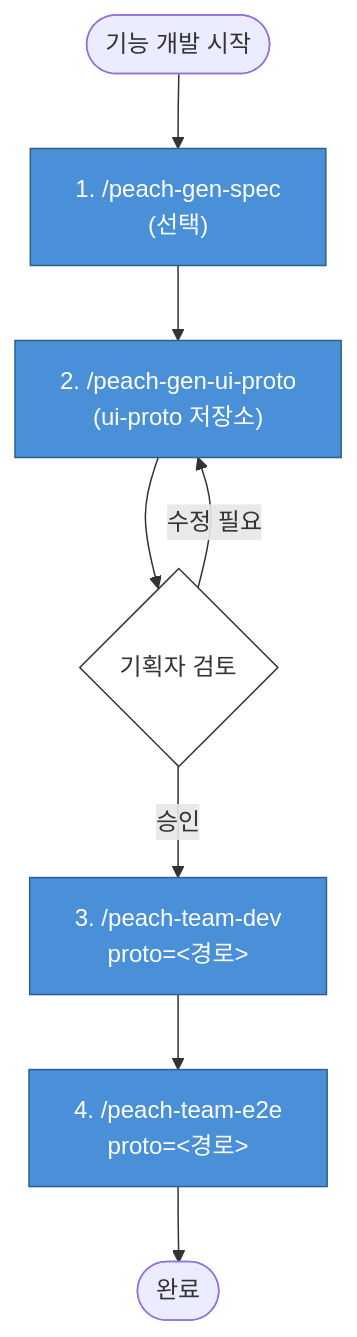
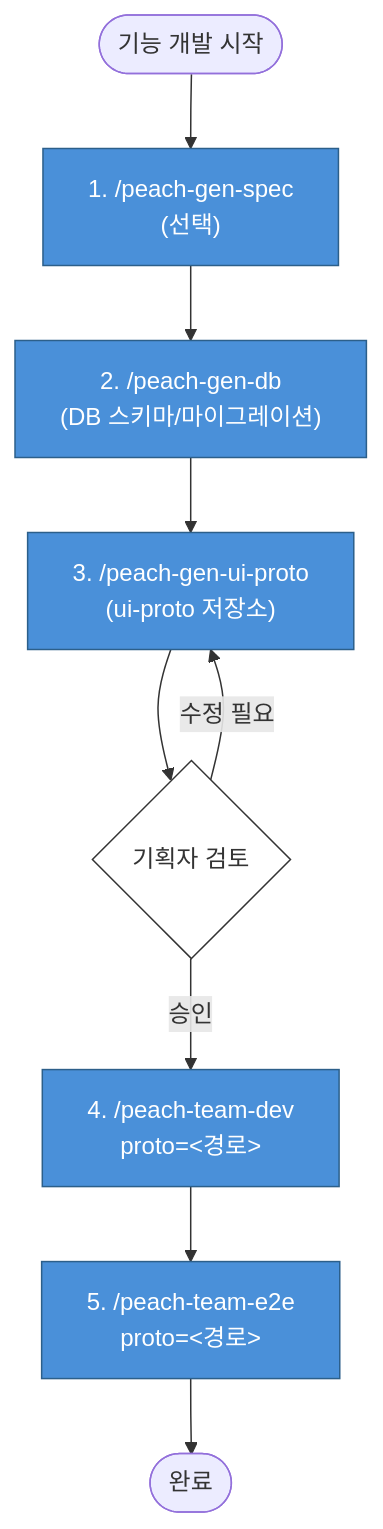
One commit to peachSolution/peach-harness changed the first of 2 diagrams in docs/03-워크플로우.md. Above: the diagram before and after it, drawn with Mermaid. The commit also changed other lines of this file and 30 other files, not shown here.

````diff
--- a/docs/03-워크플로우.md
+++ b/docs/03-워크플로우.md
@@ -12,17 +12,18 @@
 ```mermaid
 flowchart TD
     Start([기능 개발 시작]) --> Spec["1. /peach-gen-spec<br/>(선택)"]
-    Spec --> Proto["2. /peach-gen-ui-proto<br/>(ui-proto 저장소)"]
+    Spec --> DB["2. /peach-gen-db<br/>(DB 스키마/마이그레이션)"]
+    DB --> Proto["3. /peach-gen-ui-proto<br/>(ui-proto 저장소)"]
     Proto --> Review{"기획자 검토"}
     Review -->|수정 필요| Proto
-    Review -->|승인| Dev["3. /peach-team-dev<br/>proto=&lt;경로&gt;"]
-    Dev --> E2E["4. /peach-team-e2e<br/>proto=&lt;경로&gt;"]
+    Review -->|승인| Dev["4. /peach-team-dev<br/>proto=&lt;경로&gt;"]
+    Dev --> E2E["5. /peach-team-e2e<br/>proto=&lt;경로&gt;"]
     E2E --> End([완료])
 
     classDef tier1 fill:#4A90D9,stroke:#2C5F8A,color:#fff
     classDef gate fill:#E8913A,stroke:#B5702D,color:#fff
     classDef decision fill:#fff,stroke:#333,color:#333
 
-    class Spec,Proto,Dev,E2E tier1
+    class Spec,DB,Proto,Dev,E2E tier1
     class Review decision
 ```
````
